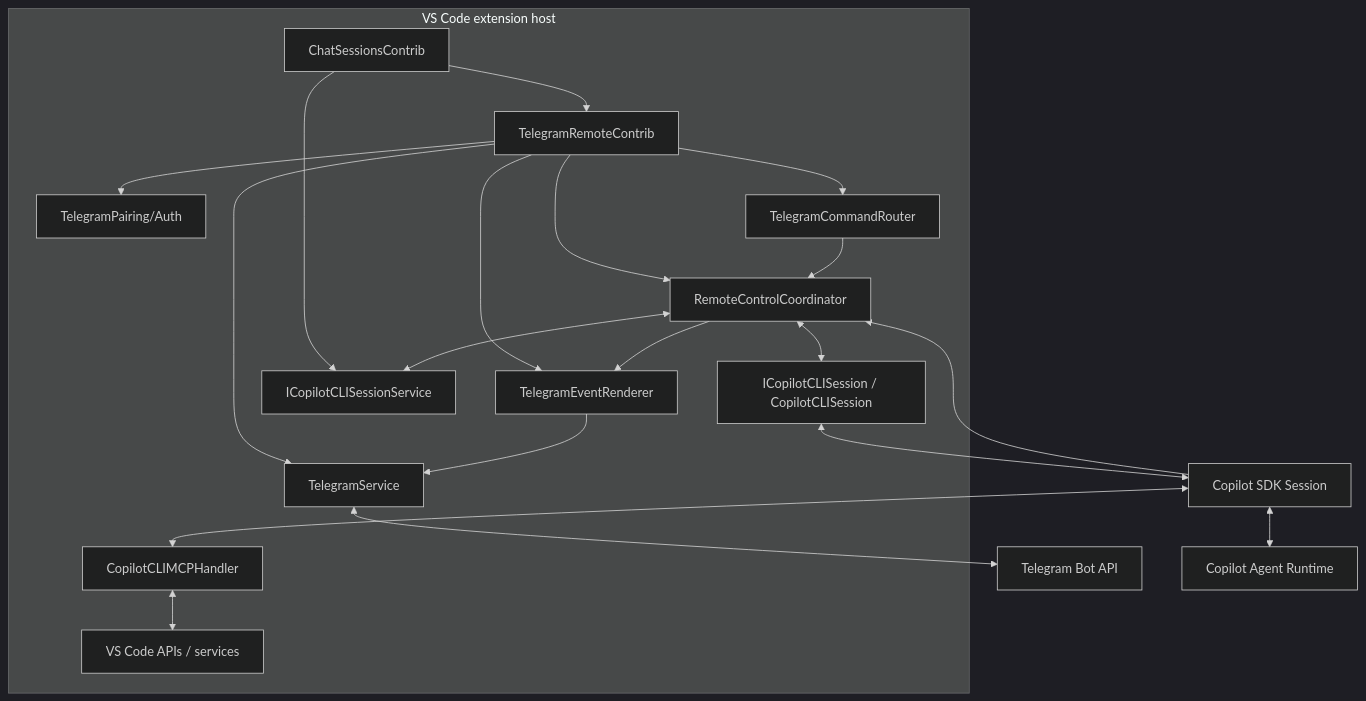
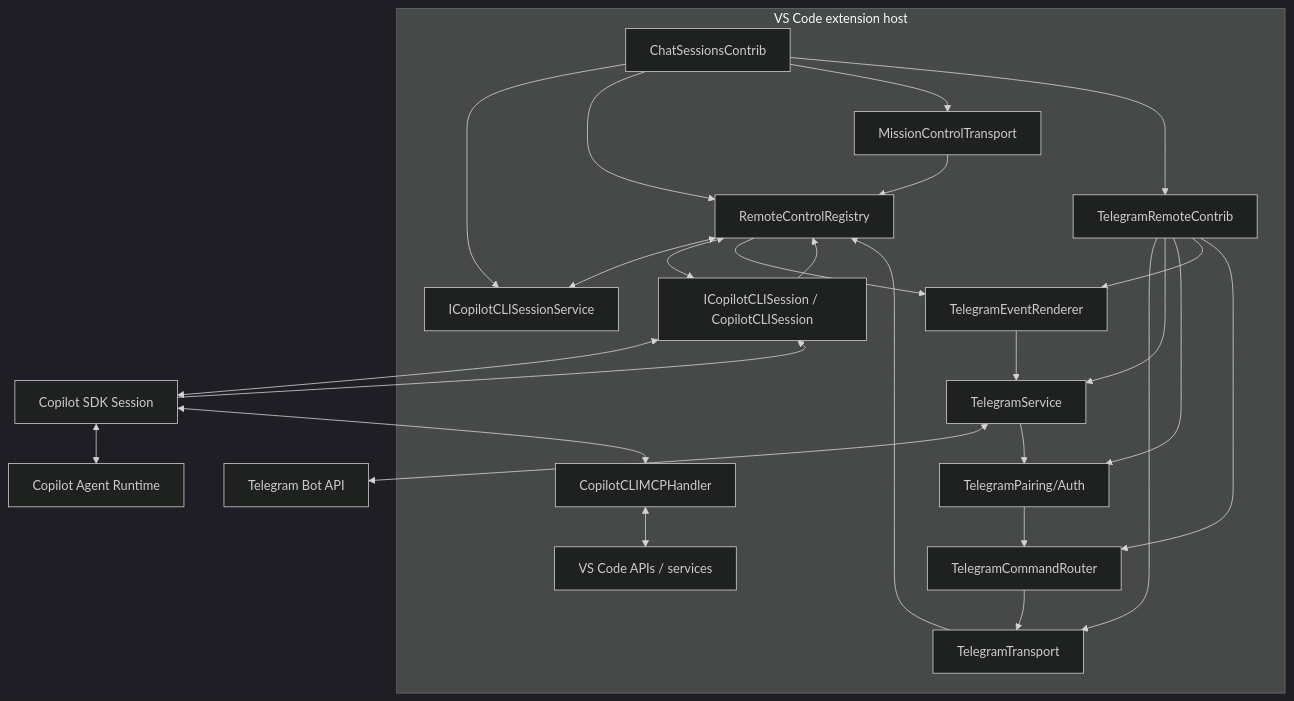
One commit to SachiHarshitha/vscode-telegram changed the first of 5 diagrams in extensions/copilot/docs/telegram-remote/ARCHITECTURE.md. Above: the diagram before and after it, drawn with Mermaid (dark theme). The commit also changed other lines of this file and 11 other files, not shown here.

````diff
--- a/extensions/copilot/docs/telegram-remote/ARCHITECTURE.md
+++ b/extensions/copilot/docs/telegram-remote/ARCHITECTURE.md
@@ -24,40 +24,49 @@
 ```mermaid
 flowchart TB
     subgraph VSCode[VS Code extension host]
         CSC[ChatSessionsContrib]
         TRC[TelegramRemoteContrib]
-        RCC[RemoteControlCoordinator]
+        RCR[RemoteControlRegistry]
+        MCT[MissionControlTransport]
+        TGT[TelegramTransport]
         TS[TelegramService]
         AUTH[TelegramPairing/Auth]
         REN[TelegramEventRenderer]
         ROUTE[TelegramCommandRouter]
         SVC[ICopilotCLISessionService]
         SES[ICopilotCLISession / CopilotCLISession]
         MCP[CopilotCLIMCPHandler]
         VSC[VS Code APIs / services]
     end
 
     TG[Telegram Bot API]
     SDK[Copilot SDK Session]
     AG[Copilot Agent Runtime]
 
     CSC --> SVC
+    CSC --> RCR
+    CSC --> MCT
     CSC --> TRC
-    TRC --> RCC
+    TRC --> TGT
+    MCT --> RCR
+    TGT --> RCR
     TRC --> TS
     TRC --> AUTH
     TRC --> REN
     TRC --> ROUTE
 
     TS <--> TG
-    ROUTE --> RCC
-    RCC <--> SVC
-    RCC <--> SES
+    TS --> AUTH
+    AUTH --> ROUTE
+    ROUTE --> TGT
+    RCR <--> SVC
+    RCR <--> SES
     SES <--> SDK
     SDK <--> AG
     SDK <--> MCP
     MCP <--> VSC
-    SDK --> RCC
-    RCC --> REN
+    SDK --> SES
+    SES --> RCR
+    RCR --> REN
     REN --> TS
 ```
````
